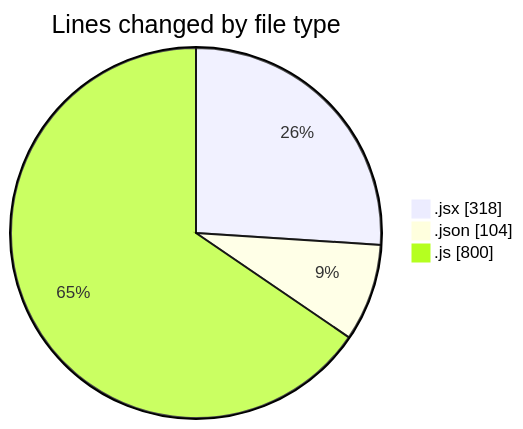
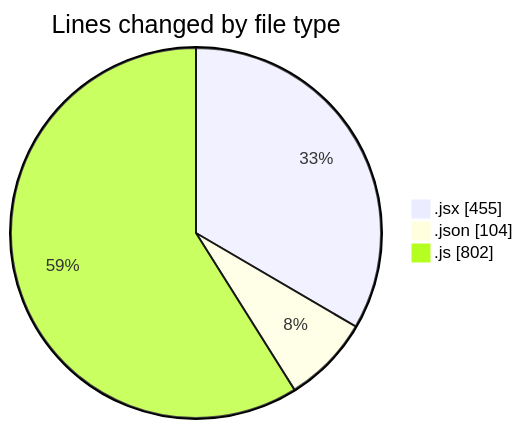
Before and after one commit to momahboobian/code-tracking: the first of 2 diagrams in 2025-05-19/cda/README.md, drawn with Mermaid. The commit also changed other lines of this file and 1 other file, not shown here.

````diff
--- a/2025-05-19/cda/README.md
+++ b/2025-05-19/cda/README.md
@@ -24,7 +25,7 @@
 ```mermaid
 pie showData
 title Lines changed by file type
-".jsx" : 318
+".jsx" : 455
 ".json" : 104
-".js" : 800
+".js" : 802
 ```
````
